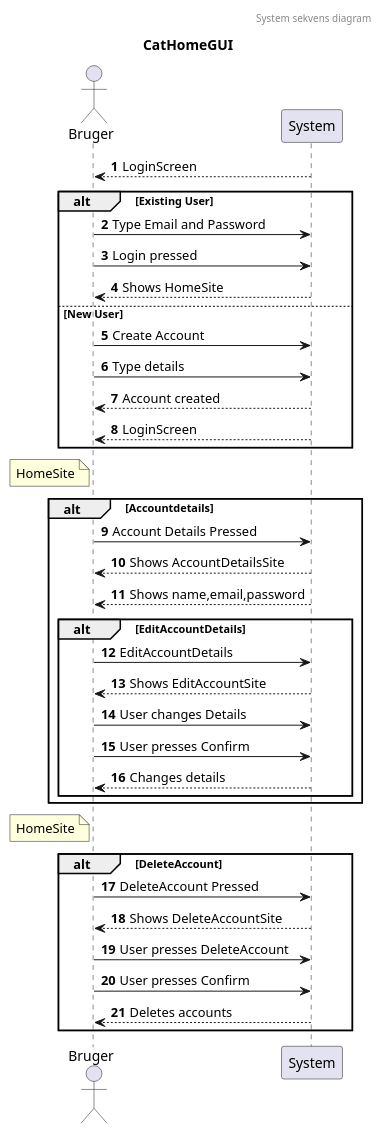
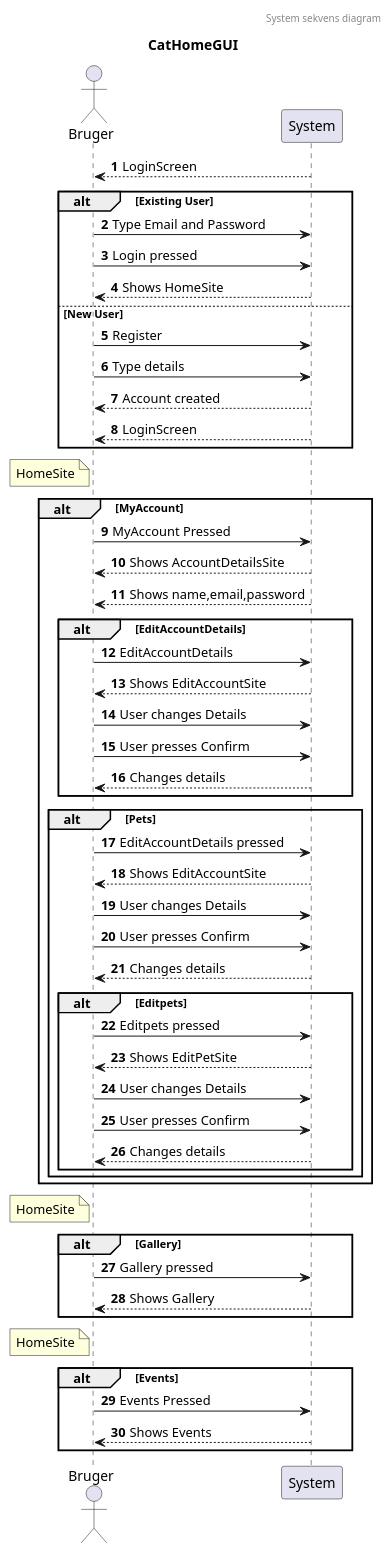
Before and after one commit to Emilkroldrup/Springkatte: the diagram in src/main/resources/Diagrams/SystemSequenceDiagram.puml, drawn with PlantUML. The commit also changed 5 other files, not shown here.

Commit message:
SystemSekvensDiagram updated

```diff
--- a/src/main/resources/Diagrams/SystemSequenceDiagram.puml
+++ b/src/main/resources/Diagrams/SystemSequenceDiagram.puml
@@ -1,44 +1,65 @@
 @startuml
 'https://plantuml.com/sequence-diagram
 
 autonumber
 
 header System sekvens diagram
 actor Bruger
 
 title CatHomeGUI
   Bruger <-- System: LoginScreen
 
     alt Existing User
         Bruger -> System: Type Email and Password
         Bruger -> System: Login pressed
         Bruger <-- System: Shows HomeSite
     else New User
-        Bruger -> System: Create Account
+        Bruger -> System: Register
         Bruger -> System: Type details
         Bruger <-- System: Account created
         Bruger <-- System: LoginScreen
 
     end
     note left of Bruger: HomeSite
-    alt Accountdetails
-    Bruger -> System: Account Details Pressed
+    alt MyAccount
+    Bruger -> System: MyAccount Pressed
     Bruger <-- System: Shows AccountDetailsSite
     Bruger <-- System: Shows name,email,password
     alt EditAccountDetails
     Bruger -> System: EditAccountDetails
     Bruger <-- System: Shows EditAccountSite
     Bruger -> System: User changes Details
     Bruger -> System: User presses Confirm
     Bruger <-- System: Changes details
+
 end
+alt Pets
+    Bruger -> System: EditAccountDetails pressed
+    Bruger <-- System: Shows EditAccountSite
+    Bruger -> System: User changes Details
+    Bruger -> System: User presses Confirm
+    Bruger <-- System: Changes details
+
+    alt Editpets
+        Bruger -> System: Editpets pressed
+        Bruger <-- System: Shows EditPetSite
+        Bruger -> System: User changes Details
+        Bruger -> System: User presses Confirm
+        Bruger <-- System: Changes details
+        end
+
+    end
 end
 note left of Bruger: HomeSite
- alt DeleteAccount
-    Bruger -> System: DeleteAccount Pressed
-    Bruger <-- System: Shows DeleteAccountSite
-    Bruger -> System: User presses DeleteAccount
-    Bruger -> System: User presses Confirm
-    Bruger <-- System: Deletes accounts
+ alt Gallery
+    Bruger -> System: Gallery pressed
+    Bruger <-- System: Shows Gallery
+end
+
+note left of Bruger: HomeSite
+ alt Events
+    Bruger -> System: Events Pressed
+    Bruger <-- System: Shows Events
+
 end
 @enduml
```
